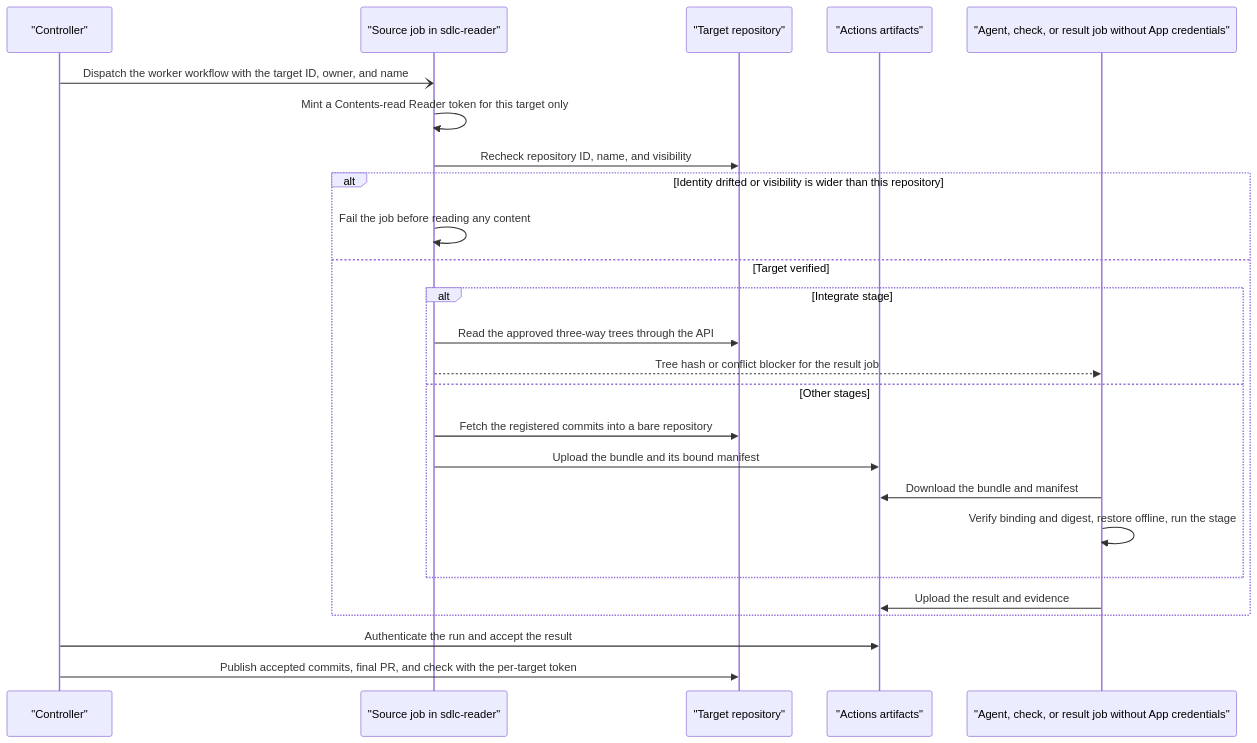
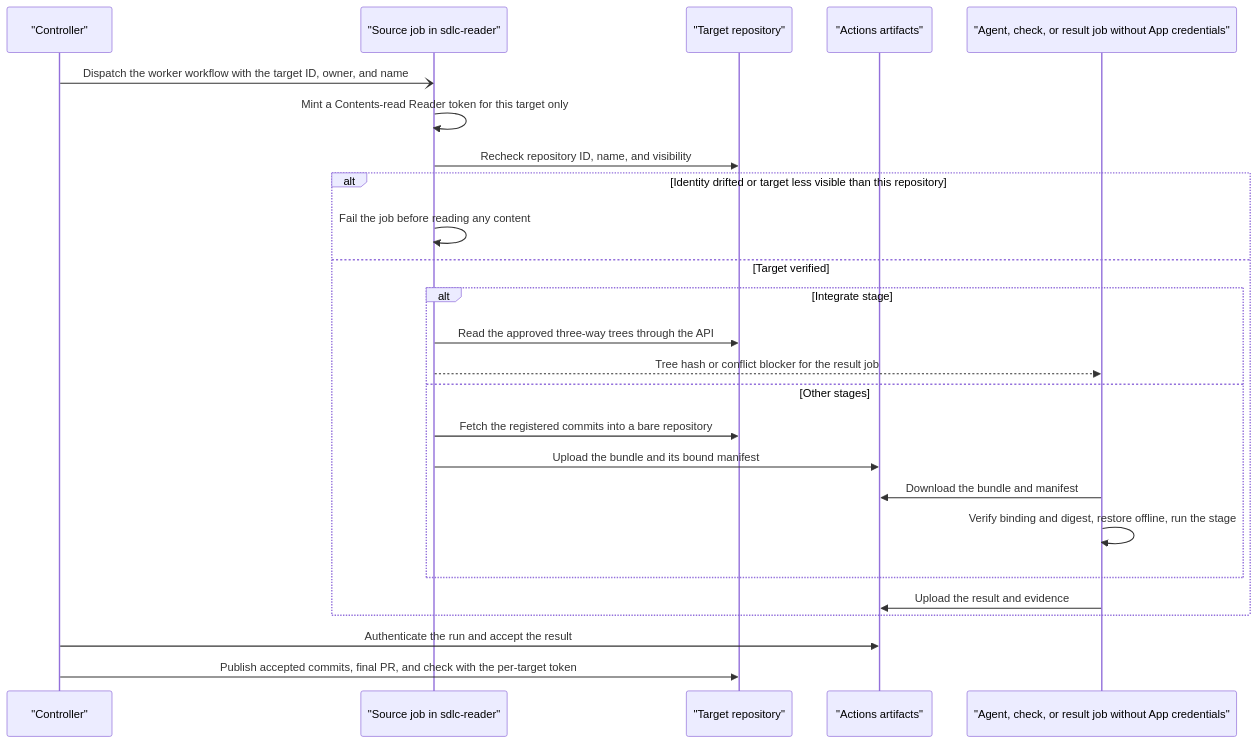
Before and after one commit to dav1dc-github-cs-org/sdlc-pilot-control: the ninth of 9 diagrams in docs/architecture.md, drawn with Mermaid. The commit also changed other lines of this file and 9 other files, not shown here.

````diff
--- a/docs/architecture.md
+++ b/docs/architecture.md
@@ -1434,28 +1434,28 @@
 ```mermaid
 sequenceDiagram
   participant TeControl as "Controller"
   participant TeSource as "Source job in sdlc-reader"
   participant TeTarget as "Target repository"
   participant TeArtifacts as "Actions artifacts"
   participant TeWorker as "Agent, check, or result job without App credentials"
 
   TeControl-)TeSource: Dispatch the worker workflow with the target ID, owner, and name
   TeSource->>TeSource: Mint a Contents-read Reader token for this target only
   TeSource->>TeTarget: Recheck repository ID, name, and visibility
-    alt Identity drifted or visibility is wider than this repository
+    alt Identity drifted or target less visible than this repository
     TeSource->>TeSource: Fail the job before reading any content
     else Target verified
       alt Integrate stage
       TeSource->>TeTarget: Read the approved three-way trees through the API
       TeSource-->>TeWorker: Tree hash or conflict blocker for the result job
       else Other stages
       TeSource->>TeTarget: Fetch the registered commits into a bare repository
       TeSource->>TeArtifacts: Upload the bundle and its bound manifest
       TeWorker->>TeArtifacts: Download the bundle and manifest
       TeWorker->>TeWorker: Verify binding and digest, restore offline, run the stage
       end
     TeWorker->>TeArtifacts: Upload the result and evidence
     end
   TeControl->>TeArtifacts: Authenticate the run and accept the result
   TeControl->>TeTarget: Publish accepted commits, final PR, and check with the per-target token
 ```
````
